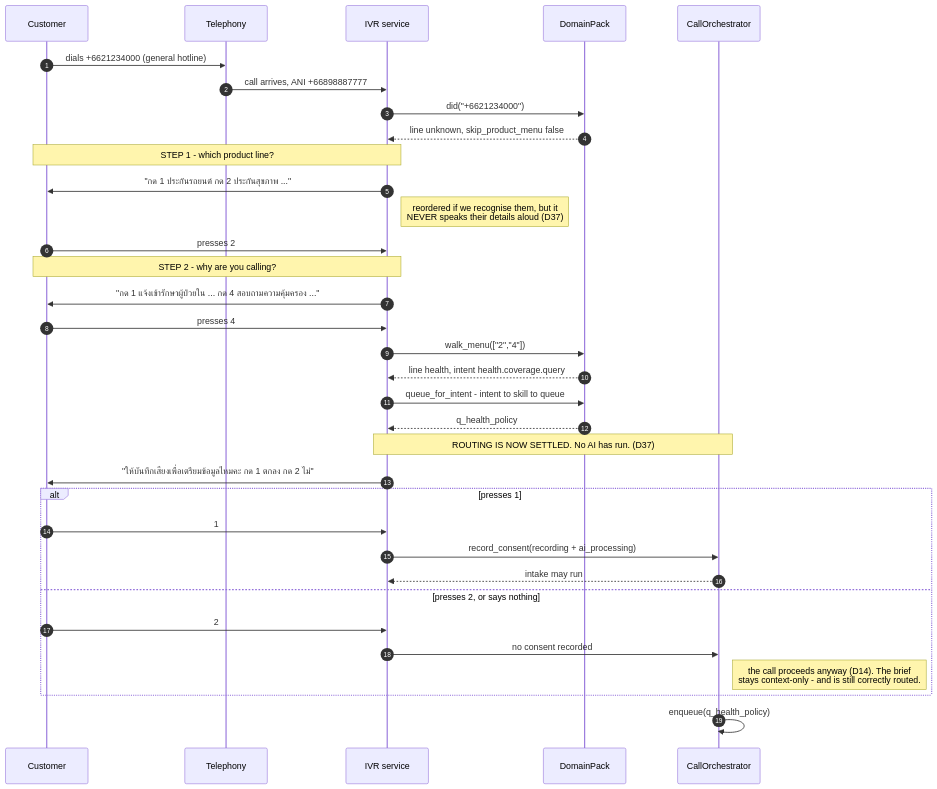
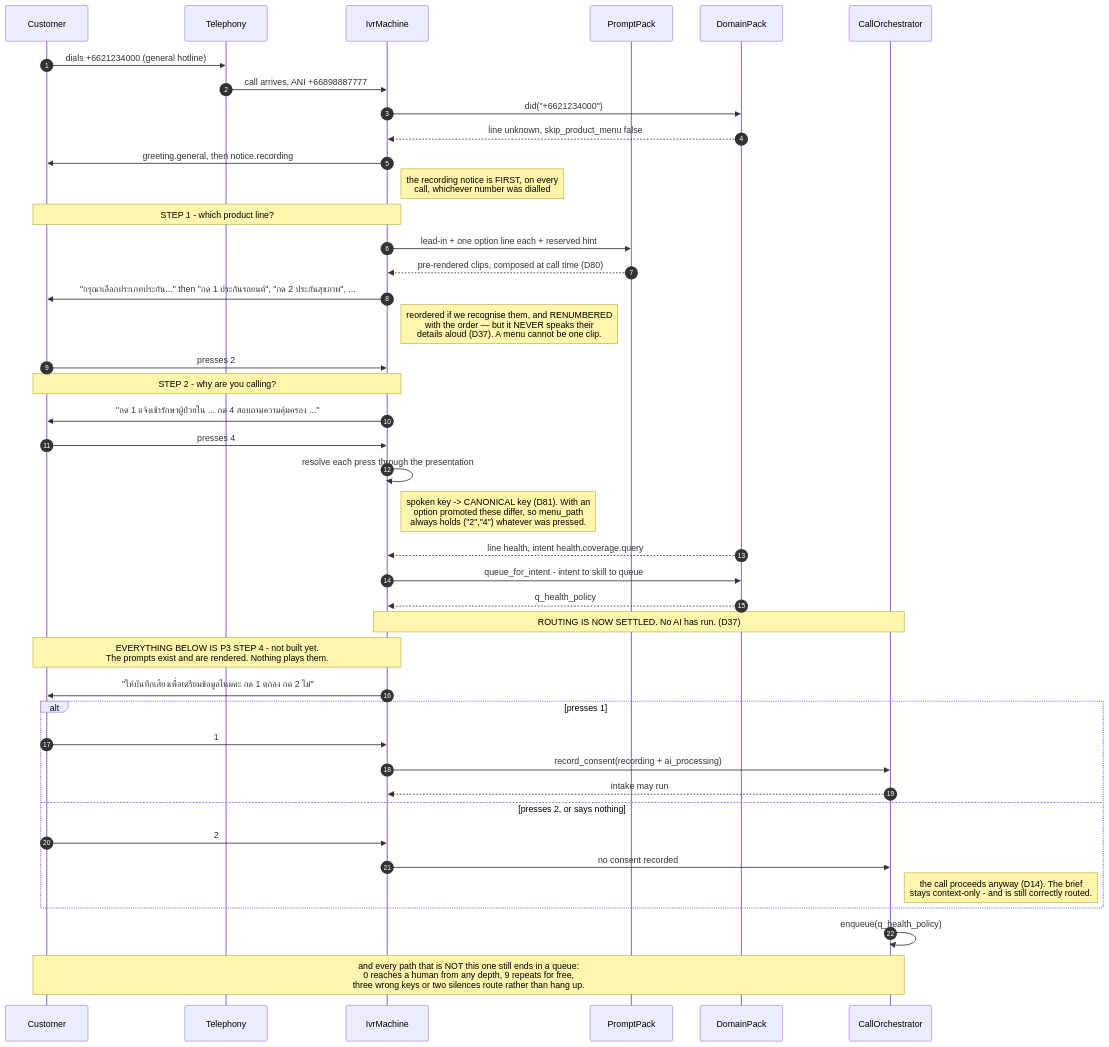
Before and after one commit to anakom-suvonvorn/Krungsri-ReadyCall: the diagram in docs/diagrams/src/flow_ivr_consent.mmd, drawn with Mermaid. The commit also changed 33 other files, not shown here.

First line of the commit message:
docs: a staleness sweep of the hand-drawn diagrams

```diff
--- a/docs/diagrams/src/flow_ivr_consent.mmd
+++ b/docs/diagrams/src/flow_ivr_consent.mmd
@@ -1,41 +1,52 @@
-%% HANDWRITTEN. Checked against ARCHITECTURE.md S6 + D37 + D14 + config/menus.yaml
+%% HANDWRITTEN. Checked against ARCHITECTURE.md S6 + D37 + D14 + D80 + D81
+%% + services/ivr/machine.py (BUILT at P3; the consent step below is still step 4)
 sequenceDiagram
     autonumber
     participant C as Customer
     participant TEL as Telephony
-    participant IVR as IVR service
+    participant IVR as IvrMachine
+    participant PP as PromptPack
     participant PACK as DomainPack
     participant ORCH as CallOrchestrator
 
     C->>TEL: dials +6621234000 (general hotline)
     TEL->>IVR: call arrives, ANI +66898887777
     IVR->>PACK: did("+6621234000")
     PACK-->>IVR: line unknown, skip_product_menu false
 
+    IVR->>C: greeting.general, then notice.recording
+    Note right of IVR: the recording notice is FIRST, on every<br/>call, whichever number was dialled
+
     Note over IVR,C: STEP 1 - which product line?
-    IVR->>C: "กด 1 ประกันรถยนต์ กด 2 ประกันสุขภาพ ..."
-    Note right of IVR: reordered if we recognise them, but it<br/>NEVER speaks their details aloud (D37)
+    IVR->>PP: lead-in + one option line each + reserved hint
+    PP-->>IVR: pre-rendered clips, composed at call time (D80)
+    IVR->>C: "กรุณาเลือกประเภทประกัน..." then "กด 1 ประกันรถยนต์", "กด 2 ประกันสุขภาพ", ...
+    Note right of IVR: reordered if we recognise them, and RENUMBERED<br/>with the order — but it NEVER speaks their<br/>details aloud (D37). A menu cannot be one clip.
     C->>IVR: presses 2
 
     Note over IVR,C: STEP 2 - why are you calling?
     IVR->>C: "กด 1 แจ้งเข้ารักษาผู้ป่วยใน ... กด 4 สอบถามความคุ้มครอง ..."
     C->>IVR: presses 4
 
-    IVR->>PACK: walk_menu(["2","4"])
+    IVR->>IVR: resolve each press through the presentation
+    Note right of IVR: spoken key -> CANONICAL key (D81). With an<br/>option promoted these differ, so menu_path<br/>always holds ("2","4") whatever was pressed.
     PACK-->>IVR: line health, intent health.coverage.query
     IVR->>PACK: queue_for_intent - intent to skill to queue
     PACK-->>IVR: q_health_policy
 
     Note over IVR,ORCH: ROUTING IS NOW SETTLED. No AI has run. (D37)
 
+    Note over IVR,C: EVERYTHING BELOW IS P3 STEP 4 - not built yet.<br/>The prompts exist and are rendered. Nothing plays them.
     IVR->>C: "ให้บันทึกเสียงเพื่อเตรียมข้อมูลไหมคะ กด 1 ตกลง กด 2 ไม่"
     alt presses 1
         C->>IVR: 1
         IVR->>ORCH: record_consent(recording + ai_processing)
         ORCH-->>IVR: intake may run
     else presses 2, or says nothing
         C->>IVR: 2
         IVR->>ORCH: no consent recorded
         Note right of ORCH: the call proceeds anyway (D14). The brief<br/>stays context-only - and is still correctly routed.
     end
     ORCH->>ORCH: enqueue(q_health_policy)
+
+    Note over C,ORCH: and every path that is NOT this one still ends in a queue:<br/>0 reaches a human from any depth, 9 repeats for free,<br/>three wrong keys or two silences route rather than hang up.
```
